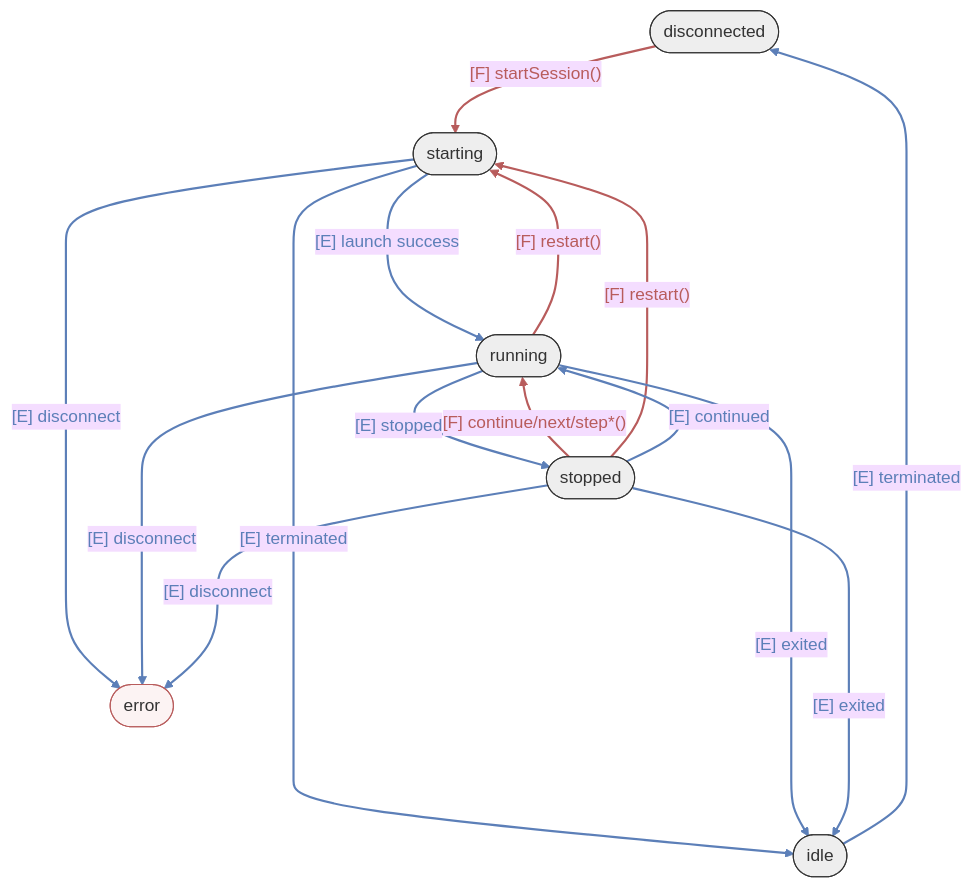
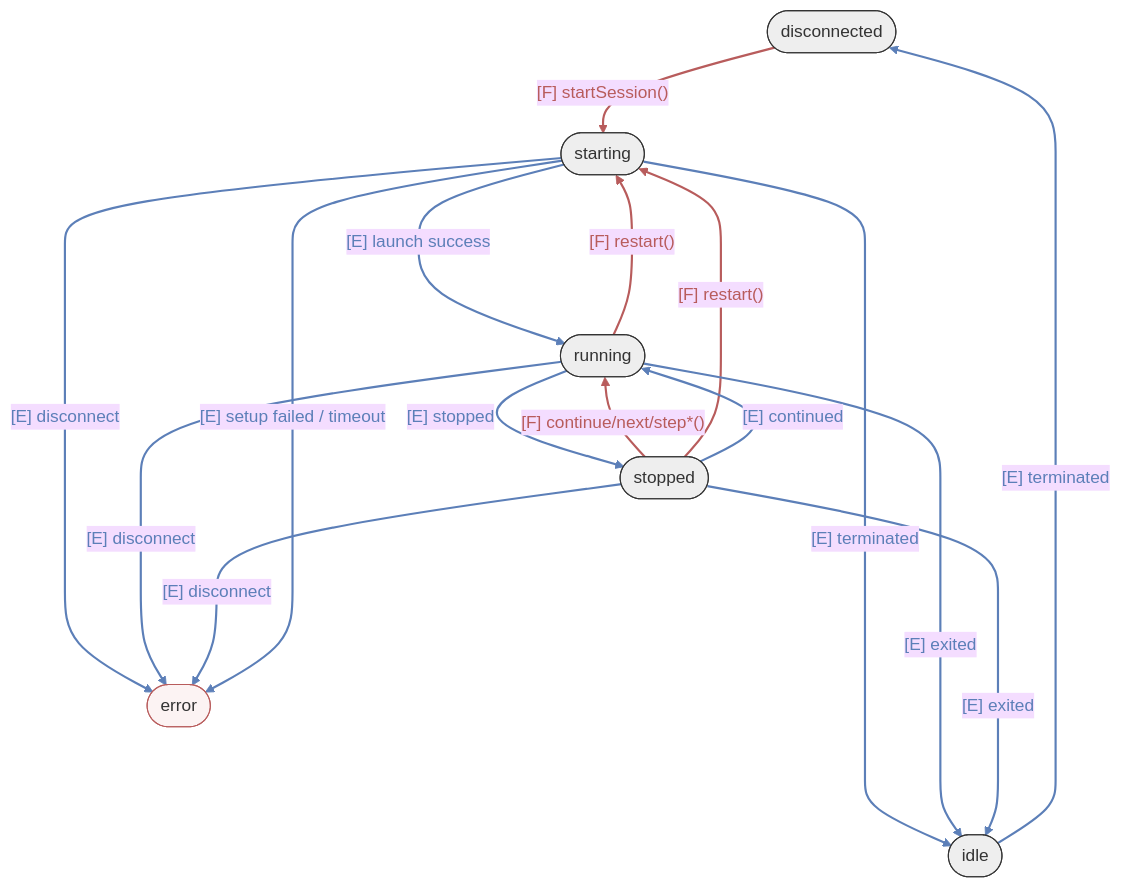
Before and after one commit to tangpo387-arch/taro-debugger: the first of 2 diagrams in docs/architecture/session-layer.md, drawn with Mermaid (base theme). The commit also changed other lines of this file and 6 other files, not shown here.

Commit message:
feat: implement fail-fast setup handshake error handling and socket retention for session recovery in DapSessionService

````diff
--- a/docs/architecture/session-layer.md
+++ b/docs/architecture/session-layer.md
@@ -29,34 +29,35 @@
 ```mermaid
 graph TD
     %% States
     disconnected([disconnected])
     idle([idle])
     starting([starting])
     running([running])
     stopped([stopped])
     error([error])
 
     %% User Actions (Functions)
     disconnected -- "<font color='#b85c5c'>[F] startSession()</font>" --> starting
     stopped -- "<font color='#b85c5c'>[F] continue/next/step*()</font>" --> running
     running -- "<font color='#b85c5c'>[F] restart()</font>" ---> starting
     stopped -- "<font color='#b85c5c'>[F] restart()</font>" ----> starting
     
     %% Adapter Actions (Events)
     starting -- "<font color='#5c7fb8'>[E] launch success</font>" --> running
     running -- "<font color='#5c7fb8'>[E] stopped</font>" --> stopped
     stopped -- "<font color='#5c7fb8'>[E] continued</font>" --> running
     starting -- "<font color='#5c7fb8'>[E] terminated</font>" ----> idle
     running -- "<font color='#5c7fb8'>[E] exited</font>" ----> idle
     stopped -- "<font color='#5c7fb8'>[E] exited</font>" -----> idle
     starting -- "<font color='#5c7fb8'>[E] disconnect</font>" ---> error
     running -- "<font color='#5c7fb8'>[E] disconnect</font>" ---> error
     stopped -- "<font color='#5c7fb8'>[E] disconnect</font>" ---> error
     idle -- "<font color='#5c7fb8'>[E] terminated</font>" -----> disconnected
+    starting -- "<font color='#5c7fb8'>[E] setup failed / timeout</font>" ---> error
     %% Styles
     linkStyle 0,1,2,3 stroke:#b85c5c,stroke-width:2px;
-    linkStyle 4,5,6,7,8,9,10,11,12,13 stroke:#5c7fb8,stroke-width:2px;
+    linkStyle 4,5,6,7,8,9,10,11,12,13,14 stroke:#5c7fb8,stroke-width:2px;
     
     classDef default fill:#eee,stroke:#333,stroke-width:1px;
     style error fill:#fcf3f3,stroke:#b85c5c;
 ```
````
